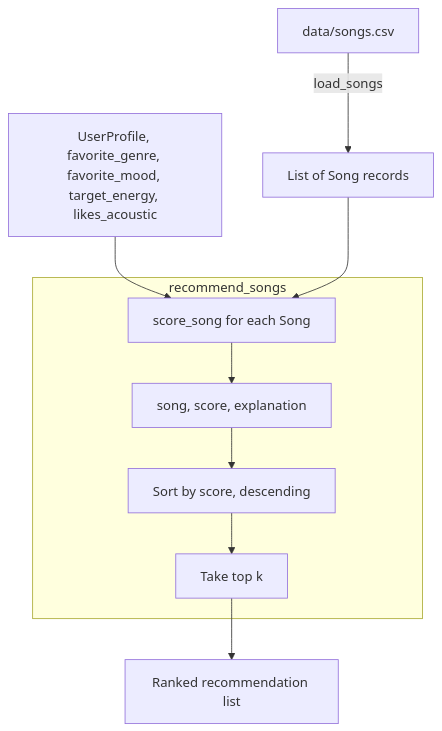
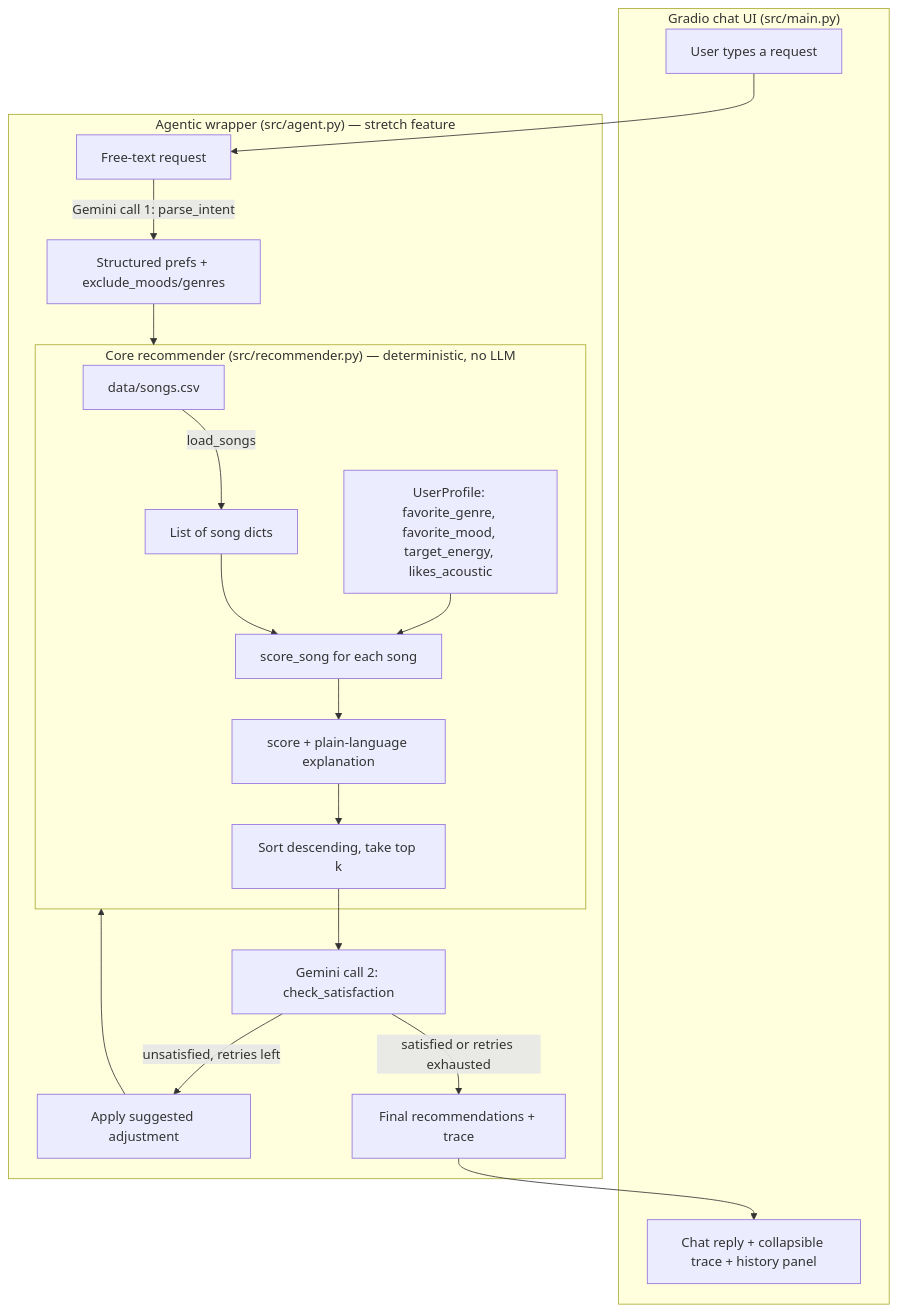
Before and after one commit to Rubey4112/ai110-applied-ai-system-project: the diagram in README.md, drawn with Mermaid. The commit also changed other lines of this file, not shown here.

````diff
--- a/README.md
+++ b/README.md
@@ -24,14 +25,24 @@
 ```mermaid
 flowchart TD
-    A[data/songs.csv] -->|load_songs| B[List of Song records]
-    C[UserProfile, favorite_genre, favorite_mood, target_energy, likes_acoustic] --> E
-
-    subgraph D[recommend_songs]
-        E[score_song for each Song] --> F[song, score, explanation]
-        F --> G[Sort by score, descending]
-        G --> H[Take top k]
+    subgraph Core["Core recommender (src/recommender.py) — deterministic, no LLM"]
+        A[data/songs.csv] -->|load_songs| B[List of song dicts]
+        C[UserProfile: favorite_genre, favorite_mood, target_energy, likes_acoustic] --> E
+        B --> E[score_song for each song]
+        E --> F[score + plain-language explanation]
+        F --> G[Sort descending, take top k]
     end
 
-    B --> E
-    H --> I[Ranked recommendation list]
+    subgraph Agent["Agentic wrapper (src/agent.py) — stretch feature"]
+        H[Free-text request] -->|Gemini call 1: parse_intent| I[Structured prefs + exclude_moods/genres]
+        I --> Core
+        G --> J[Gemini call 2: check_satisfaction]
+        J -->|unsatisfied, retries left| K[Apply suggested adjustment]
+        K --> Core
+        J -->|satisfied or retries exhausted| L[Final recommendations + trace]
+    end
+
+    subgraph UI["Gradio chat UI (src/main.py)"]
+        M[User types a request] --> H
+        L --> N[Chat reply + collapsible trace + history panel]
+    end
 ```
````
